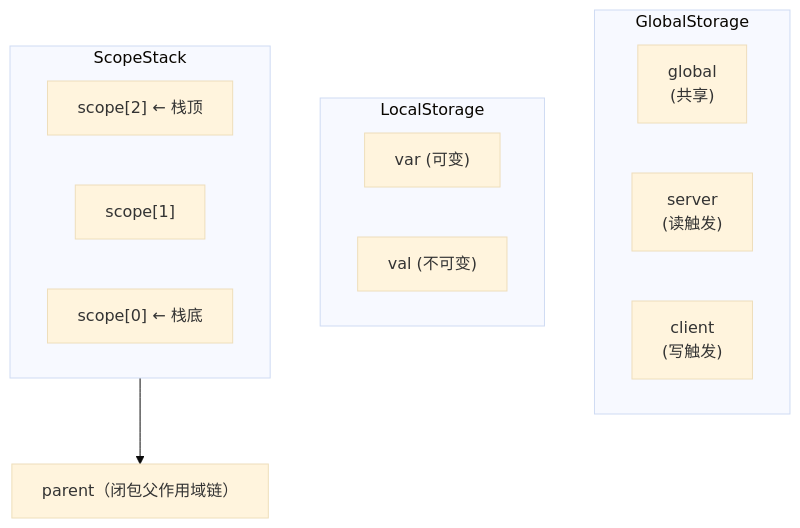
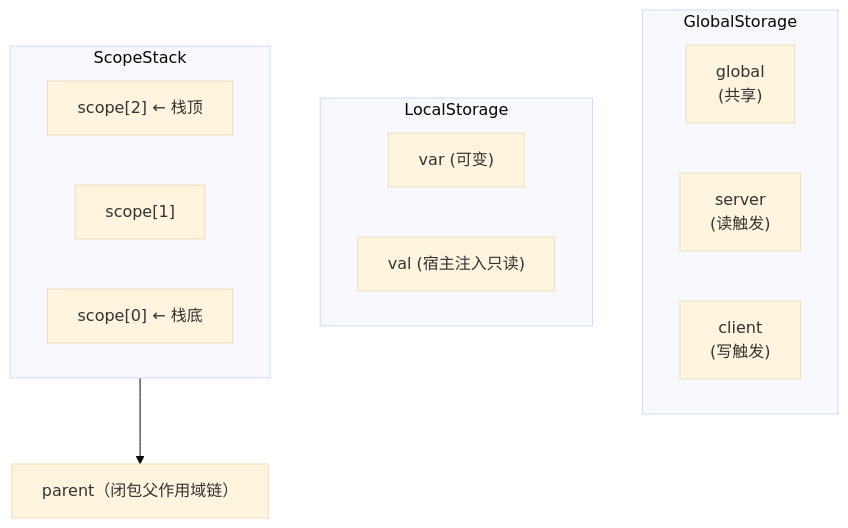
Before and after one commit to 17Artist/ArcartX-Wiki: the diagram in content/docs/aria/1_language/2_variables.mdx, drawn with Mermaid (base theme). The commit also changed other lines of this file and 13 other files, not shown here.

````diff
--- a/content/docs/aria/1_language/2_variables.mdx
+++ b/content/docs/aria/1_language/2_variables.mdx
@@ -223,18 +246,18 @@
 ```mermaid
 flowchart TD
     subgraph GlobalStorage
         G["global<br/>(共享)"]
         S["server<br/>(读触发)"]
         C["client<br/>(写触发)"]
     end
     subgraph LocalStorage
         V["var (可变)"]
-        VL["val (不可变)"]
+        VL["val (宿主注入只读)"]
     end
     subgraph ScopeStack
         S2["scope[2] ← 栈顶"]
         S1["scope[1]"]
         S0["scope[0] ← 栈底"]
     end
     ScopeStack --> P["parent（闭包父作用域链）"]
 ```
````
